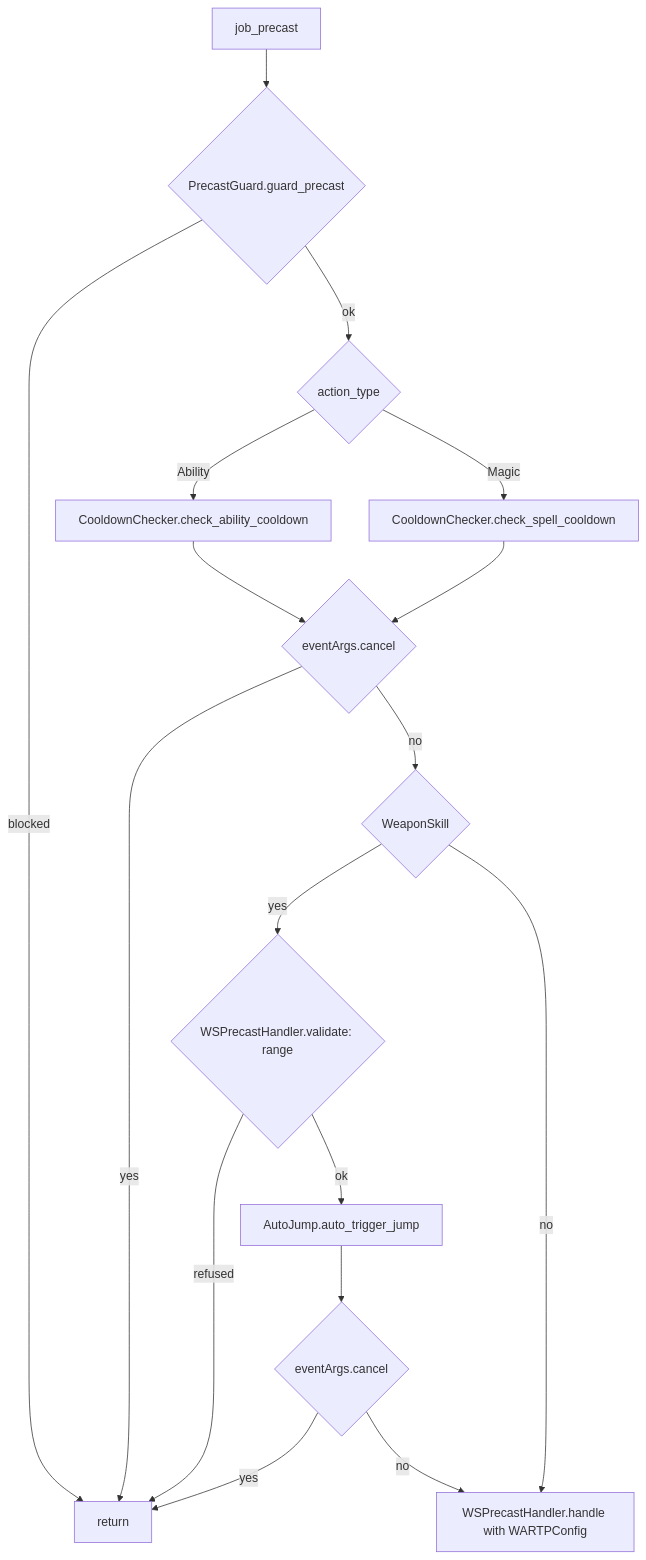
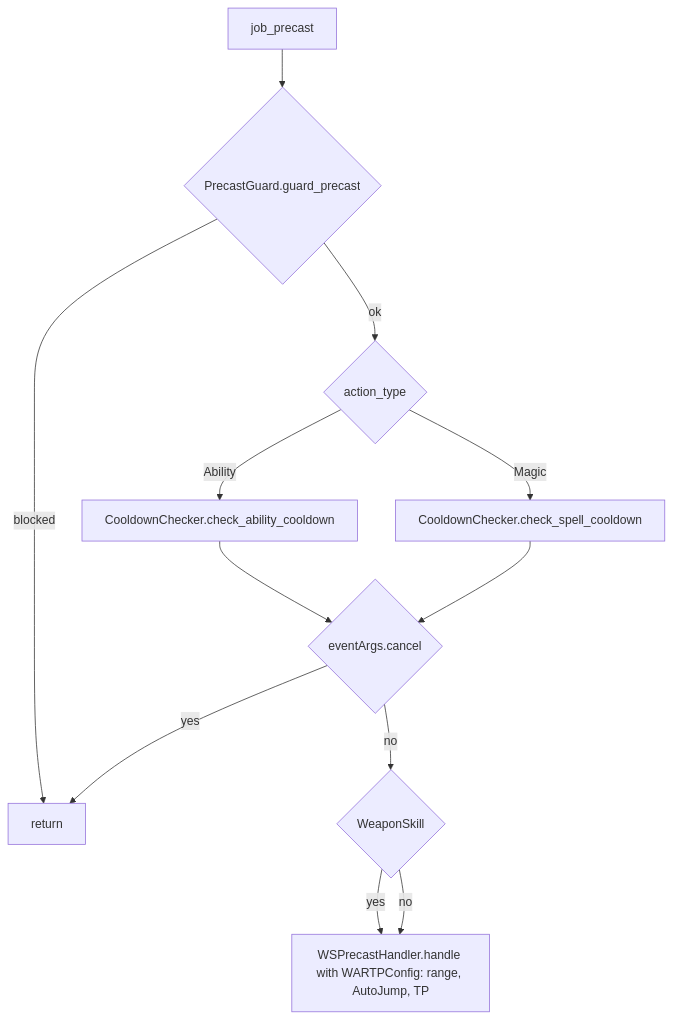
One commit to ejouanchicot/Gearswap changed the second of 2 diagrams in docs/dev/jobs/war.md. Above: the diagram before and after it, drawn with Mermaid. The commit also changed other lines of this file and 90 other files, not shown here.

First line of the commit message:
docs: _common, WHERE-IS-WHAT.txt, smartbuff and Jump Auto on every job

````diff
--- a/docs/dev/jobs/war.md
+++ b/docs/dev/jobs/war.md
@@ -156,19 +158,14 @@
 ```mermaid
 flowchart TD
     A[job_precast] --> B{PrecastGuard.guard_precast}
     B -- blocked --> Z[return]
     B -- ok --> C{action_type}
     C -- Ability --> D[CooldownChecker.check_ability_cooldown]
     C -- Magic --> E[CooldownChecker.check_spell_cooldown]
     D --> F{eventArgs.cancel}
     E --> F
     F -- yes --> Z
     F -- no --> G{WeaponSkill}
-    G -- yes --> G2{WSPrecastHandler.validate: range}
-    G2 -- refused --> Z
-    G2 -- ok --> H[AutoJump.auto_trigger_jump]
-    H --> I{eventArgs.cancel}
-    I -- yes --> Z
-    I -- no --> J[WSPrecastHandler.handle with WARTPConfig]
+    G -- yes --> J[WSPrecastHandler.handle with WARTPConfig: range, AutoJump, TP]
     G -- no --> J
 ```
````
